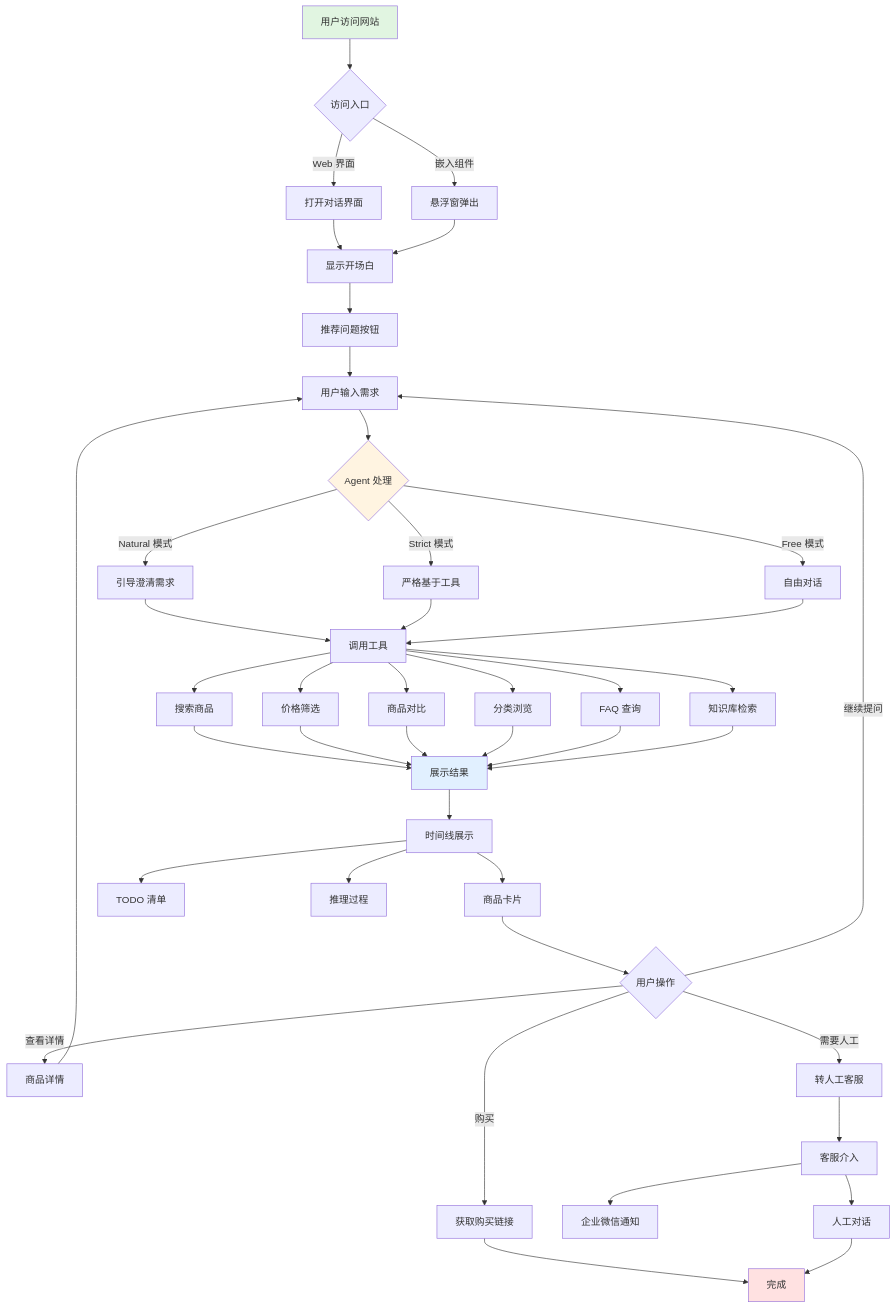
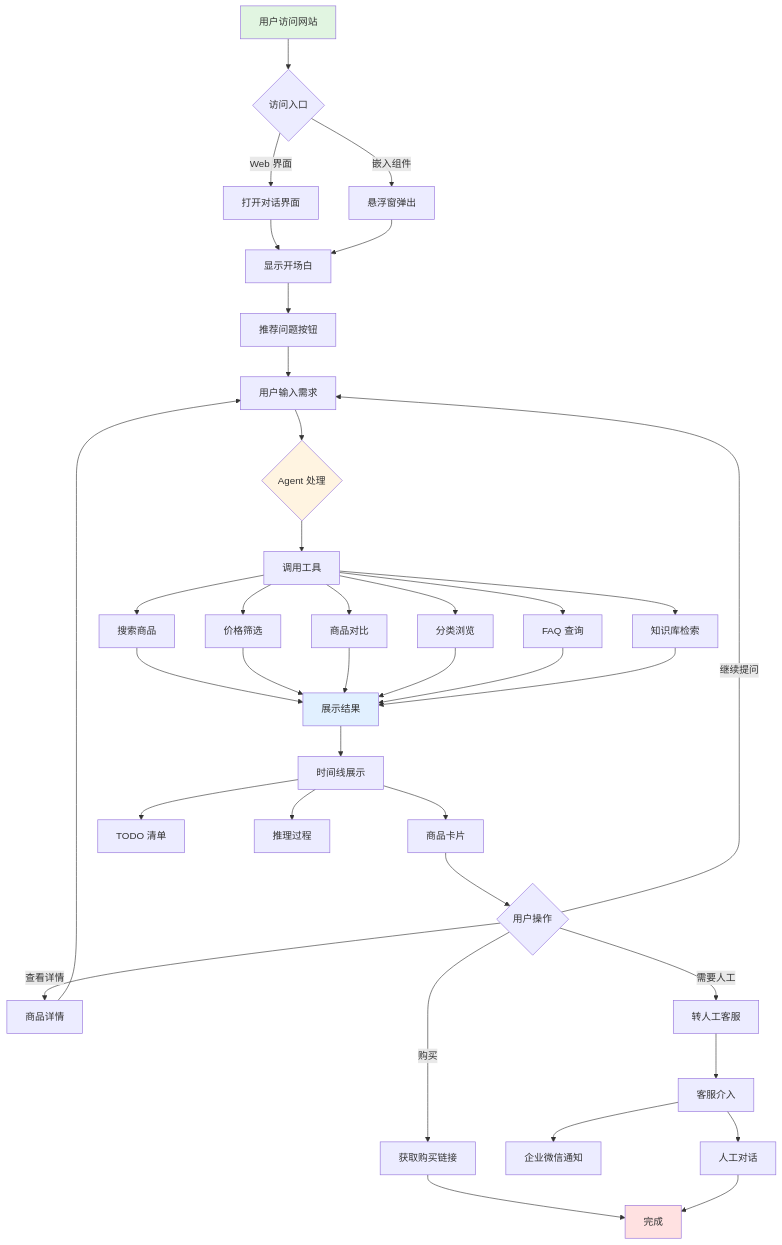
Before and after one commit to congwa/embedAi-agent: the first of 3 diagrams in README.md, drawn with Mermaid. The commit also changed other lines of this file and 28 other files, not shown here.

````diff
--- a/README.md
+++ b/README.md
@@ -110,62 +110,56 @@
 ```mermaid
 graph TD
     Start[用户访问网站] --> Entry{访问入口}
     
     Entry -->|Web 界面| Web[打开对话界面]
     Entry -->|嵌入组件| Embed[悬浮窗弹出]
     
     Web --> Greeting[显示开场白]
     Embed --> Greeting
     
     Greeting --> Questions[推荐问题按钮]
     Questions --> UserInput[用户输入需求]
     
     UserInput --> AgentProcess{Agent 处理}
     
-    AgentProcess -->|Natural 模式| Natural[引导澄清需求]
-    AgentProcess -->|Free 模式| Free[自由对话]
-    AgentProcess -->|Strict 模式| Strict[严格基于工具]
-    
-    Natural --> ToolCall[调用工具]
-    Strict --> ToolCall
-    Free --> ToolCall
+    AgentProcess --> ToolCall[调用工具]
     
     ToolCall --> Search[搜索商品]
     ToolCall --> Filter[价格筛选]
     ToolCall --> Compare[商品对比]
     ToolCall --> Category[分类浏览]
     ToolCall --> FAQ[FAQ 查询]
     ToolCall --> KB[知识库检索]
     
     Search --> Result[展示结果]
     Filter --> Result
     Compare --> Result
     Category --> Result
     FAQ --> Result
     KB --> Result
     
     Result --> Timeline[时间线展示]
     Timeline --> ProductCard[商品卡片]
     Timeline --> TodoList[TODO 清单]
     Timeline --> Reasoning[推理过程]
     
     ProductCard --> UserAction{用户操作}
     
     UserAction -->|继续提问| UserInput
     UserAction -->|查看详情| Details[商品详情]
     UserAction -->|购买| Purchase[获取购买链接]
     UserAction -->|需要人工| Handoff[转人工客服]
     
     Details --> UserInput
     Purchase --> End[完成]
     
     Handoff --> Support[客服介入]
     Support --> Notify[企业微信通知]
     Support --> SupportChat[人工对话]
     SupportChat --> End
     
     style Start fill:#e1f5e1
     style End fill:#ffe1e1
     style AgentProcess fill:#fff4e1
     style Result fill:#e1f0ff
 ```
````
